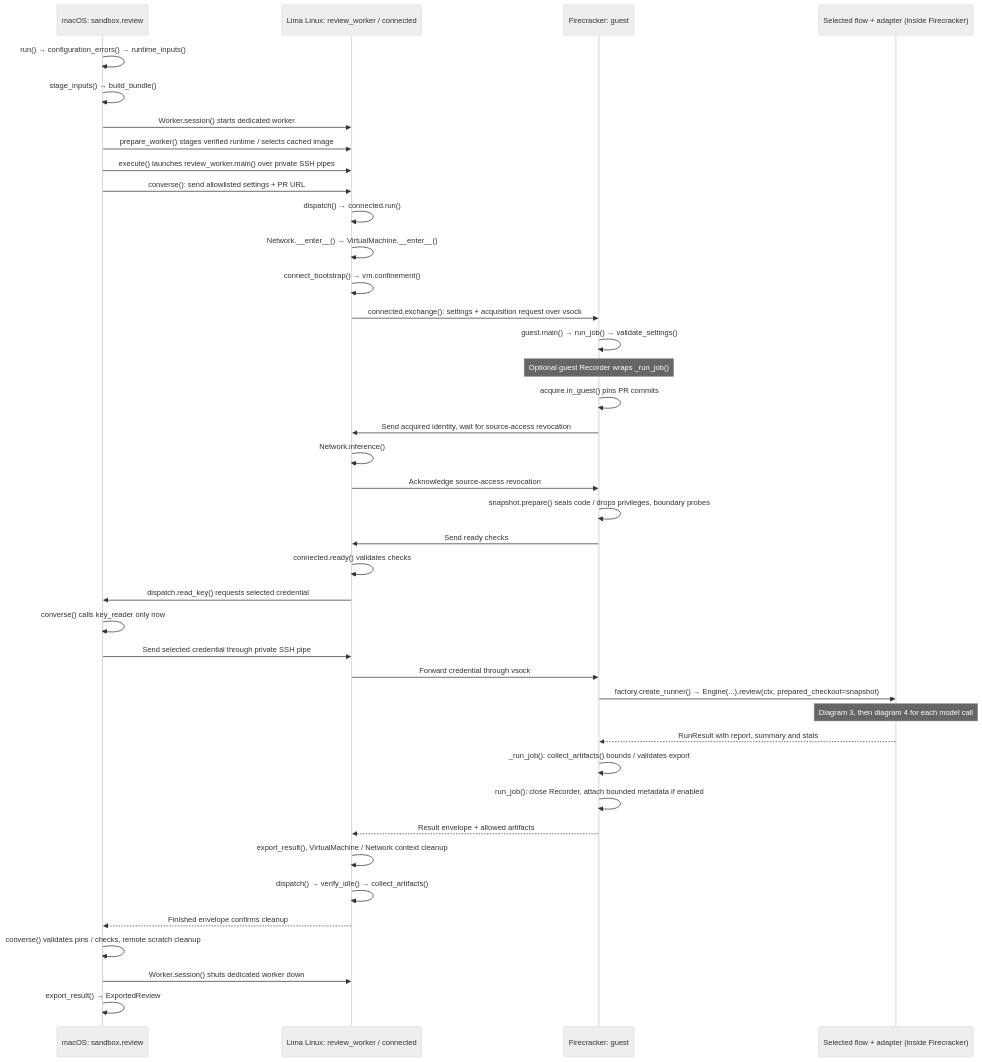
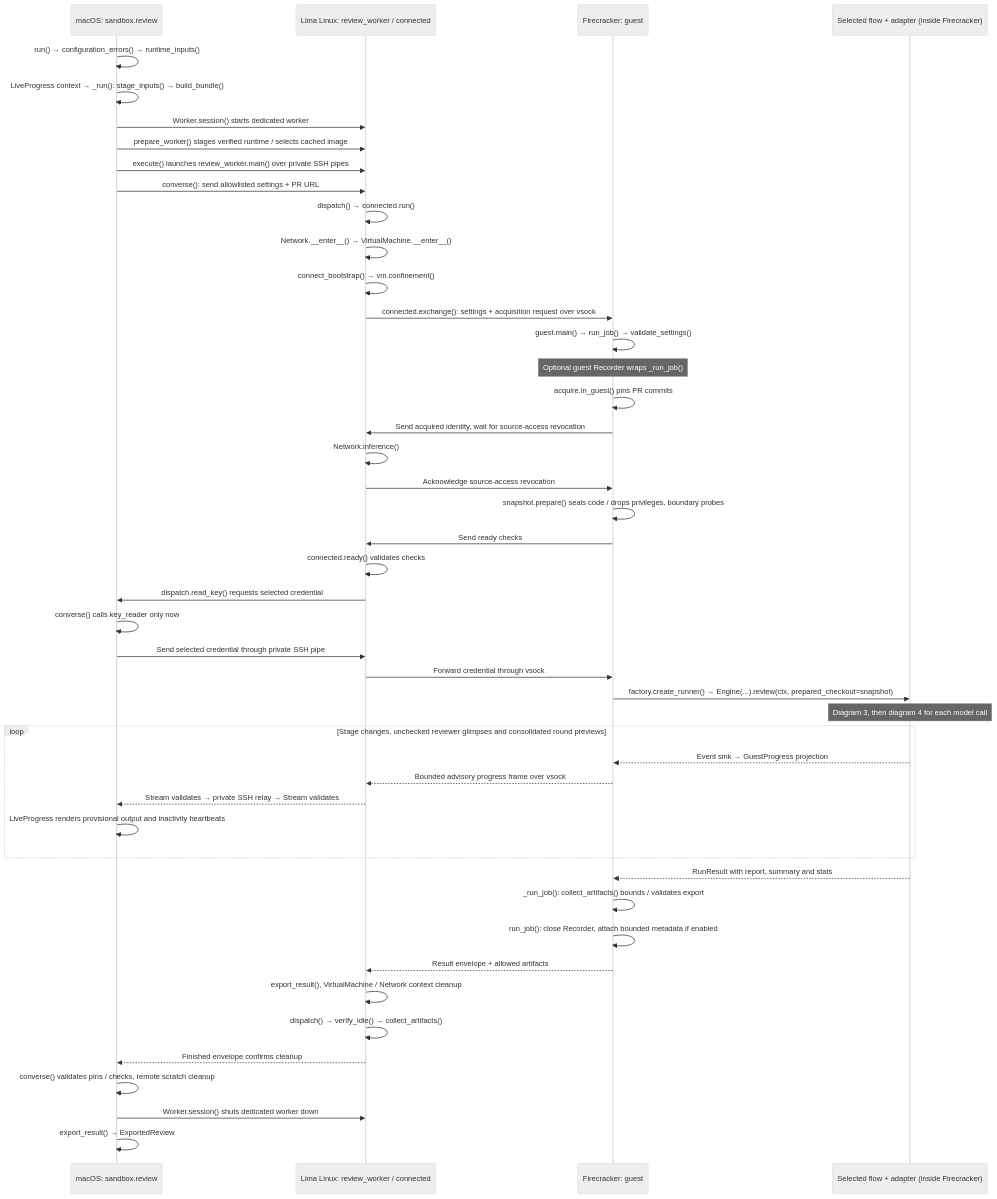
Before and after one commit to sskelkar/code-reviewer: the second of 6 diagrams in docs/project-explainer.md, drawn with Mermaid (neutral theme). The commit also changed other lines of this file and 30 other files, not shown here.

Commit message:
Fix persona adapter compatibility and stream live review progress

````diff
--- a/docs/project-explainer.md
+++ b/docs/project-explainer.md
@@ -47,42 +47,48 @@
 ```mermaid
 sequenceDiagram
     participant CLI as macOS: sandbox.review
     participant Worker as Lima Linux: review_worker / connected
     participant VM as Firecracker: guest
     participant Core as Selected flow + adapter (inside Firecracker)
     CLI->>CLI: run() → configuration_errors() → runtime_inputs()
-    CLI->>CLI: stage_inputs() → build_bundle()
+    CLI->>CLI: LiveProgress context → _run(): stage_inputs() → build_bundle()
     CLI->>Worker: Worker.session() starts dedicated worker
     CLI->>Worker: prepare_worker() stages verified runtime / selects cached image
     CLI->>Worker: execute() launches review_worker.main() over private SSH pipes
     CLI->>Worker: converse(): send allowlisted settings + PR URL
     Worker->>Worker: dispatch() → connected.run()
     Worker->>Worker: Network.__enter__() → VirtualMachine.__enter__()
     Worker->>Worker: connect_bootstrap() → vm.confinement()
     Worker->>VM: connected.exchange(): settings + acquisition request over vsock
     VM->>VM: guest.main() → run_job() → validate_settings()
     Note over VM: Optional guest Recorder wraps _run_job()
     VM->>VM: acquire.in_guest() pins PR commits
     VM->>Worker: Send acquired identity, wait for source-access revocation
     Worker->>Worker: Network.inference()
     Worker->>VM: Acknowledge source-access revocation
     VM->>VM: snapshot.prepare() seals code / drops privileges, boundary probes
     VM->>Worker: Send ready checks
     Worker->>Worker: connected.ready() validates checks
     Worker->>CLI: dispatch.read_key() requests selected credential
     CLI->>CLI: converse() calls key_reader only now
     CLI->>Worker: Send selected credential through private SSH pipe
     Worker->>VM: Forward credential through vsock
     VM->>Core: factory.create_runner() → Engine(...).review(ctx, prepared_checkout=snapshot)
     Note over Core: Diagram 3, then diagram 4 for each model call
+    loop Stage changes, unchecked reviewer glimpses and consolidated round previews
+        Core-->>VM: Event sink → GuestProgress projection
+        VM-->>Worker: Bounded advisory progress frame over vsock
+        Worker-->>CLI: Stream validates → private SSH relay → Stream validates
+        CLI->>CLI: LiveProgress renders provisional output and inactivity heartbeats
+    end
     Core-->>VM: RunResult with report, summary and stats
     VM->>VM: _run_job(): collect_artifacts() bounds / validates export
     VM->>VM: run_job(): close Recorder, attach bounded metadata if enabled
     VM-->>Worker: Result envelope + allowed artifacts
     Worker->>Worker: export_result(), VirtualMachine / Network context cleanup
     Worker->>Worker: dispatch() → verify_idle() → collect_artifacts()
     Worker-->>CLI: Finished envelope confirms cleanup
     CLI->>CLI: converse() validates pins / checks, remote scratch cleanup
     CLI->>Worker: Worker.session() shuts dedicated worker down
     CLI->>CLI: export_result() → ExportedReview
 ```
````
